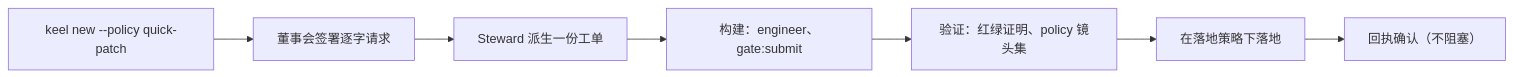
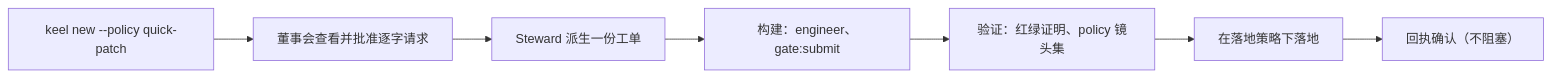
Before and after one commit to Qither/keel: the second of 4 diagrams in docs/03-lifecycle.zh-CN.md, drawn with Mermaid. The commit also changed other lines of this file and 130 other files, not shown here.

````diff
--- a/docs/03-lifecycle.zh-CN.md
+++ b/docs/03-lifecycle.zh-CN.md
@@ -143,9 +143,9 @@
 ```mermaid
 flowchart LR
-  N["keel new --policy quick-patch"] --> S["董事会签署逐字请求"]
+  N["keel new --policy quick-patch"] --> S["董事会查看并批准逐字请求"]
   S --> W["Steward 派生一份工单"]
   W --> B["构建：engineer、gate:submit"]
   B --> V["验证：红绿证明、policy 镜头集"]
   V --> L["在落地策略下落地"]
   L --> R["回执确认（不阻塞）"]
 ```
````
